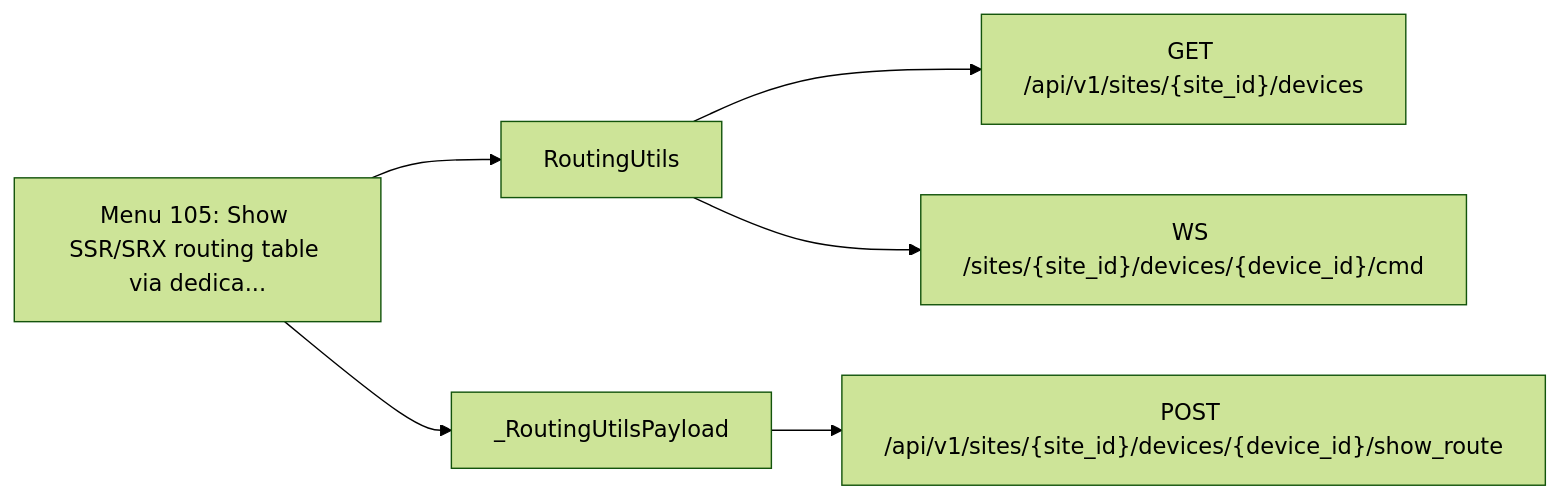
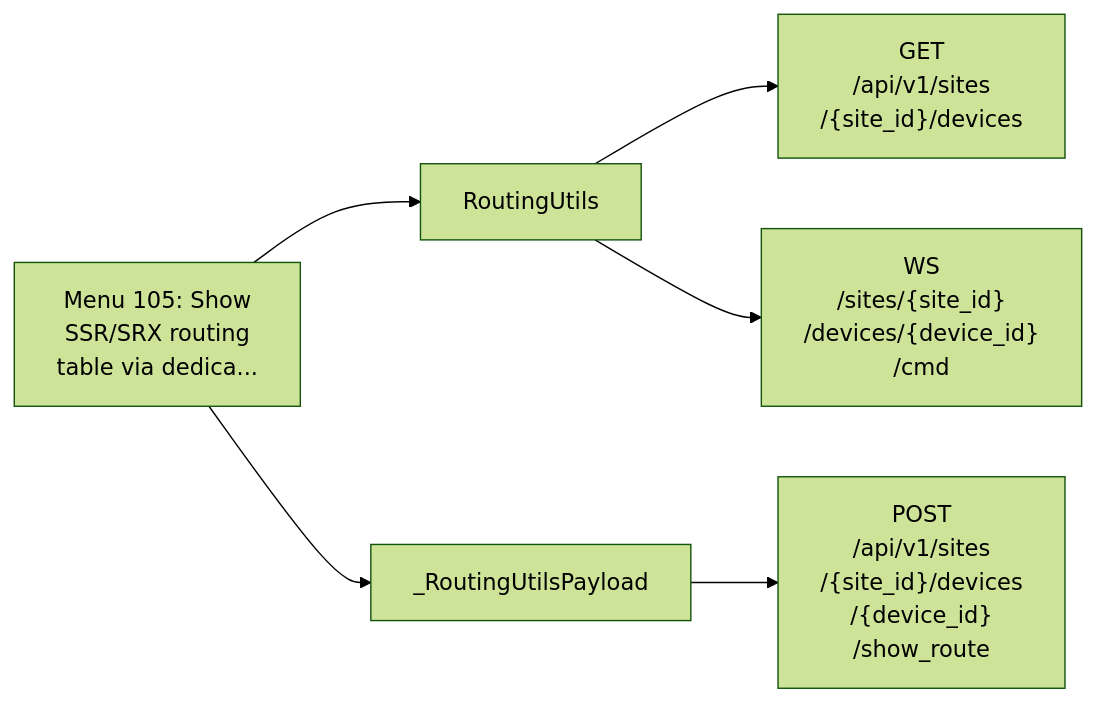
The fifth of 20 diagrams in documentation/menu-api/websocket.md (jmorrison-juniper/MistHelper), drawn with Mermaid (forest theme) before and after one commit. The commit also changed other lines of this file and 19 other files, not shown here.

First line of the commit message:
docs(menu-api): fit the Mermaid diagrams to the wiki column (#3463)

````diff
--- a/documentation/menu-api/websocket.md
+++ b/documentation/menu-api/websocket.md
@@ -202,9 +110,9 @@
 ```mermaid
 flowchart LR
-    menu["Menu 105: Show SSR/SRX routing table via dedica..."]
+    menu["Menu 105: Show<br/>SSR/SRX routing<br/>table via dedica..."]
     menu --> c1["RoutingUtils"]
-    c1 --> e1["GET /api/v1/sites/{site_id}/devices"]
-    c1 --> e2["WS /sites/{site_id}/devices/{device_id}/cmd"]
+    c1 --> e1["GET<br/>/api/v1/sites<br/>/{site_id}/devices"]
+    c1 --> e2["WS<br/>/sites/{site_id}<br/>/devices/{device_id}<br/>/cmd"]
     menu --> c2["_RoutingUtilsPayload"]
-    c2 --> e3["POST /api/v1/sites/{site_id}/devices/{device_id}/show_route"]
+    c2 --> e3["POST<br/>/api/v1/sites<br/>/{site_id}/devices<br/>/{device_id}<br/>/show_route"]
 ```
````
